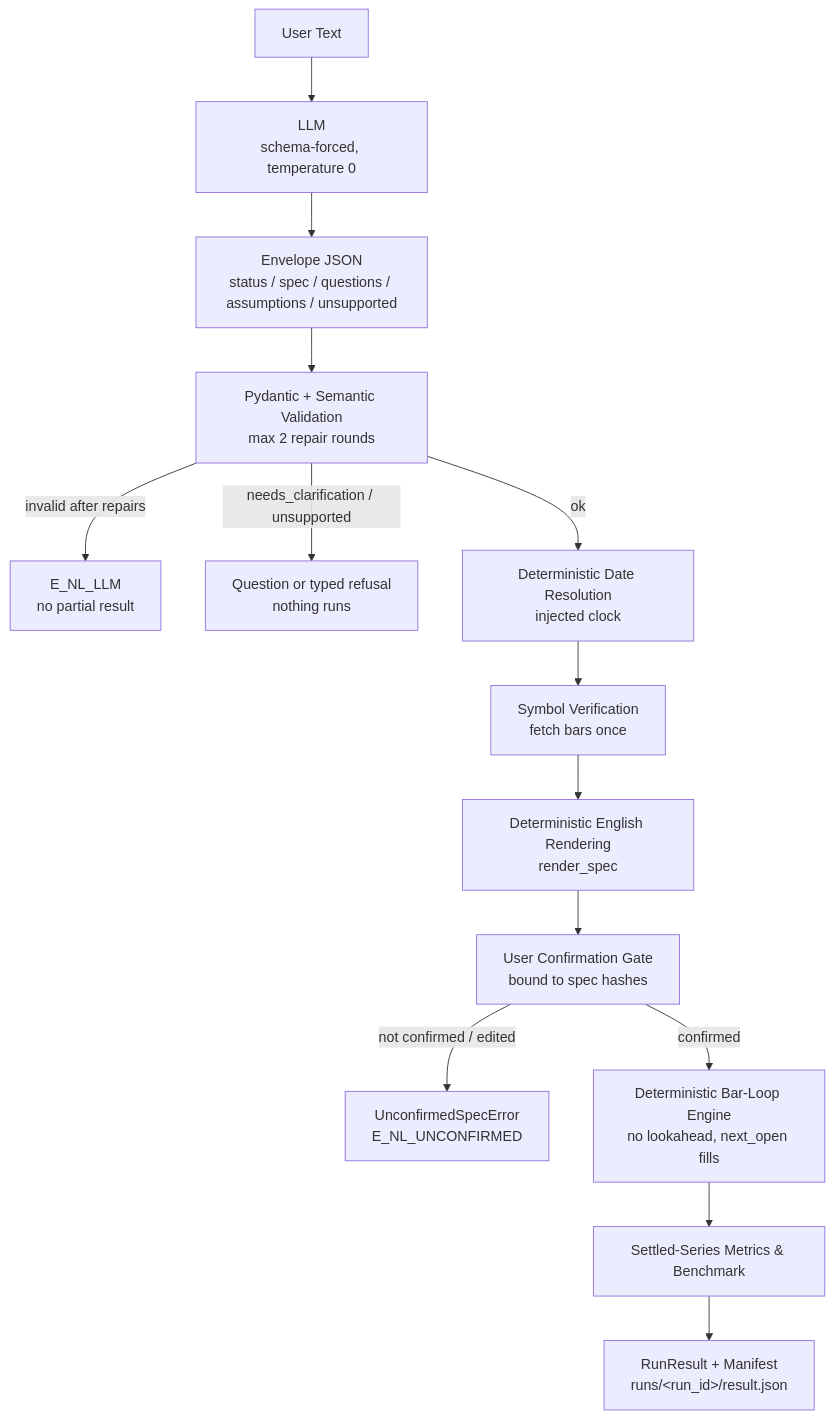
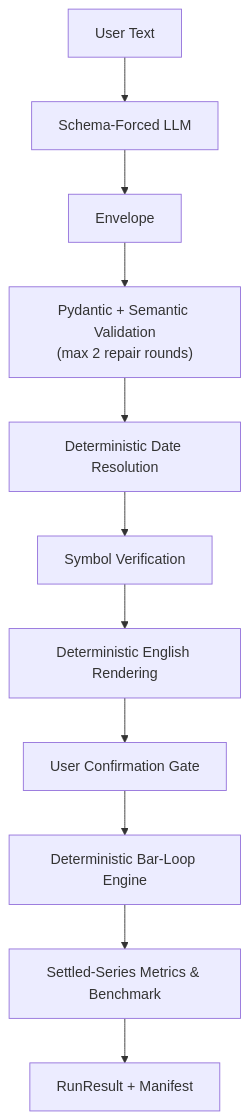
Before and after one commit to pratikjaiswalbussiness23-cloud/Backbat: the diagram in nlbt/README.md, drawn with Mermaid. The commit also changed other lines of this file, not shown here.

Commit message:
docs: README and Gate 5 owner sign-off

````diff
--- a/nlbt/README.md
+++ b/nlbt/README.md
@@ -49,16 +91,13 @@
 ```mermaid
 flowchart TD
-    A[User Text] --> B[LLM<br/>schema-forced, temperature 0]
-    B --> C[Envelope JSON<br/>status / spec / questions / assumptions / unsupported]
-    C --> D[Pydantic + Semantic Validation<br/>max 2 repair rounds]
-    D -->|invalid after repairs| X1[E_NL_LLM<br/>no partial result]
-    D -->|needs_clarification / unsupported| X2[Question or typed refusal<br/>nothing runs]
-    D -->|ok| E[Deterministic Date Resolution<br/>injected clock]
-    E --> F[Symbol Verification<br/>fetch bars once]
-    F --> G[Deterministic English Rendering<br/>render_spec]
-    G --> H[User Confirmation Gate<br/>bound to spec hashes]
-    H -->|not confirmed / edited| X3[UnconfirmedSpecError<br/>E_NL_UNCONFIRMED]
-    H -->|confirmed| I[Deterministic Bar-Loop Engine<br/>no lookahead, next_open fills]
-    I --> J[Settled-Series Metrics & Benchmark]
-    J --> K[RunResult + Manifest<br/>runs/&lt;run_id&gt;/result.json]
+    A["User Text"] --> B["Schema-Forced LLM"]
+    B --> C["Envelope"]
+    C --> D["Pydantic + Semantic Validation<br/>(max 2 repair rounds)"]
+    D --> E["Deterministic Date Resolution"]
+    E --> F["Symbol Verification"]
+    F --> G["Deterministic English Rendering"]
+    G --> H["User Confirmation Gate"]
+    H --> I["Deterministic Bar-Loop Engine"]
+    I --> J["Settled-Series Metrics &amp; Benchmark"]
+    J --> K["RunResult + Manifest"]
 ```
````
